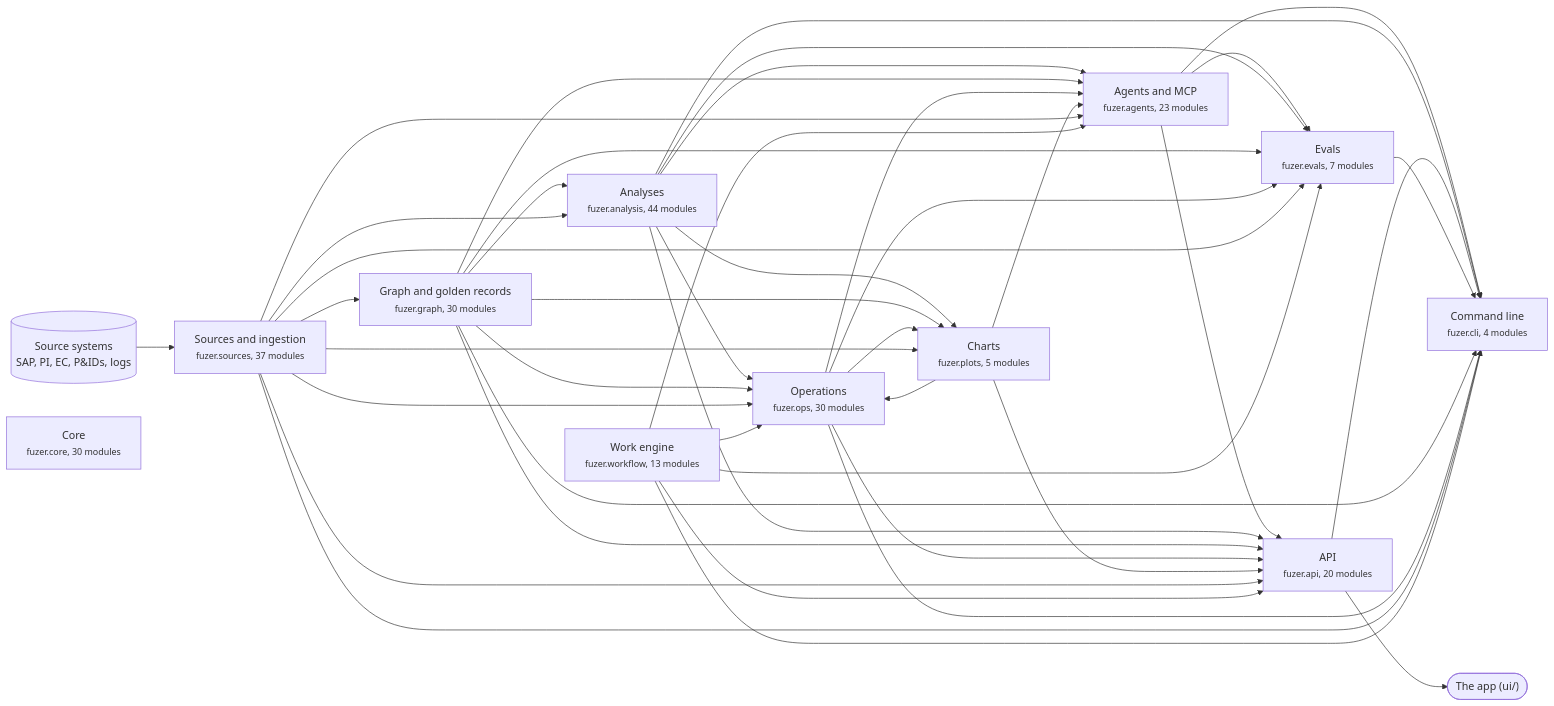
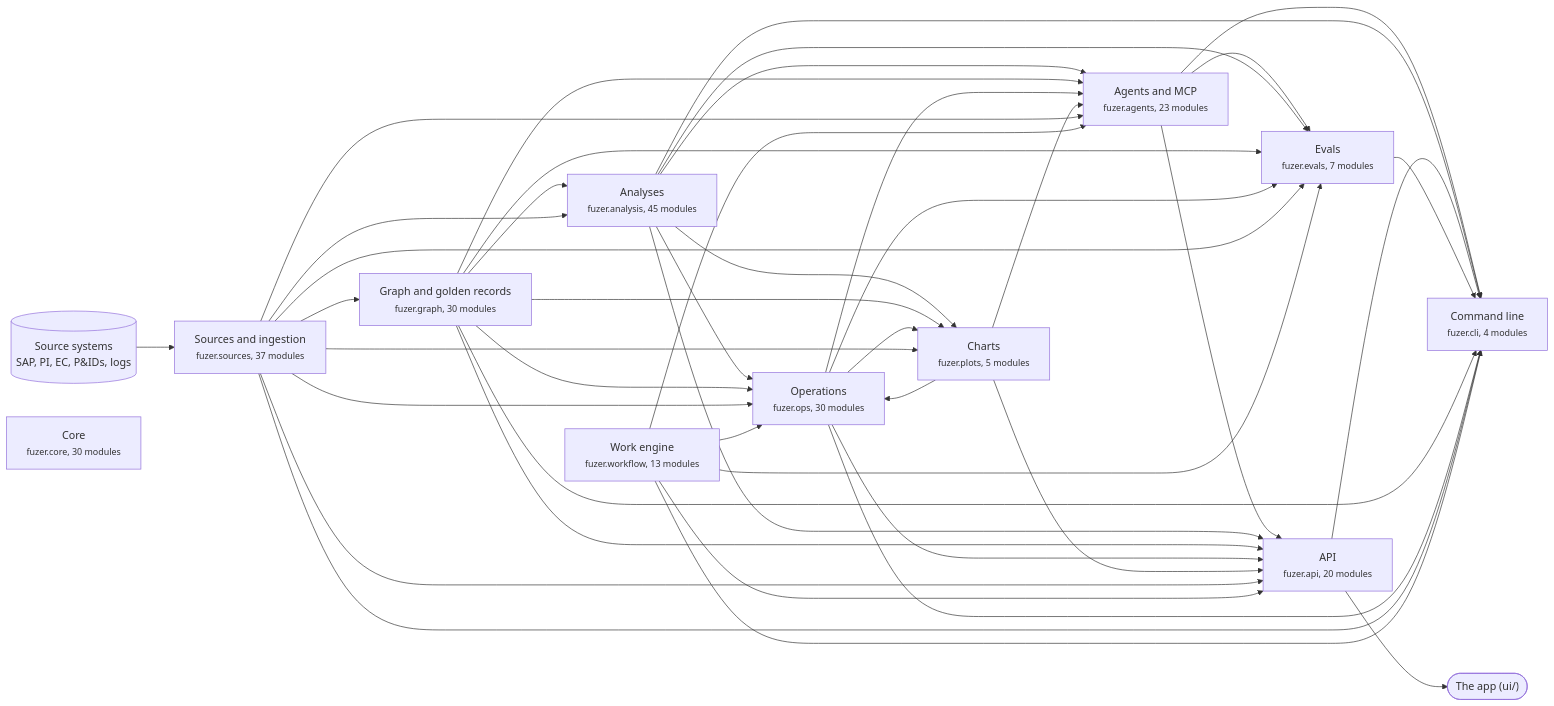
Before and after one commit to areed145/fuzer: the first of 3 diagrams in docs/architecture.md, drawn with Mermaid. The commit also changed other lines of this file and 9 other files, not shown here.

````diff
--- a/docs/architecture.md
+++ b/docs/architecture.md
@@ -8,67 +8,67 @@
 ```mermaid
 flowchart LR
   systems[("Source systems<br>SAP, PI, EC, P&IDs, logs")] --> c_sources
   app(["The app (ui/)"])
   c_api --> app
   c_sources["Sources and ingestion<br><small>fuzer.sources, 37 modules</small>"]
   c_graph["Graph and golden records<br><small>fuzer.graph, 30 modules</small>"]
-  c_analysis["Analyses<br><small>fuzer.analysis, 44 modules</small>"]
+  c_analysis["Analyses<br><small>fuzer.analysis, 45 modules</small>"]
   c_ops["Operations<br><small>fuzer.ops, 30 modules</small>"]
   c_plots["Charts<br><small>fuzer.plots, 5 modules</small>"]
   c_workflow["Work engine<br><small>fuzer.workflow, 13 modules</small>"]
   c_agents["Agents and MCP<br><small>fuzer.agents, 23 modules</small>"]
   c_evals["Evals<br><small>fuzer.evals, 7 modules</small>"]
   c_api["API<br><small>fuzer.api, 20 modules</small>"]
   c_cli["Command line<br><small>fuzer.cli, 4 modules</small>"]
   c_core["Core<br><small>fuzer.core, 30 modules</small>"]
   c_sources --> c_graph
   c_graph --> c_analysis
   c_sources --> c_analysis
   c_analysis --> c_ops
   c_graph --> c_ops
   c_plots --> c_ops
   c_sources --> c_ops
   c_workflow --> c_ops
   c_analysis --> c_plots
   c_graph --> c_plots
   c_ops --> c_plots
   c_sources --> c_plots
   c_analysis --> c_agents
   c_graph --> c_agents
   c_ops --> c_agents
   c_plots --> c_agents
   c_sources --> c_agents
   c_workflow --> c_agents
   c_agents --> c_evals
   c_analysis --> c_evals
   c_graph --> c_evals
   c_ops --> c_evals
   c_sources --> c_evals
   c_workflow --> c_evals
   c_agents --> c_api
   c_analysis --> c_api
   c_graph --> c_api
   c_ops --> c_api
   c_plots --> c_api
   c_sources --> c_api
   c_workflow --> c_api
   c_agents --> c_cli
   c_analysis --> c_cli
   c_api --> c_cli
   c_evals --> c_cli
   c_graph --> c_cli
   c_ops --> c_cli
   c_sources --> c_cli
   c_workflow --> c_cli
   click c_sources "https://github.com/areed145/fuzer/tree/main/src/fuzer/sources"
   click c_graph "https://github.com/areed145/fuzer/tree/main/src/fuzer/graph"
   click c_analysis "https://github.com/areed145/fuzer/tree/main/src/fuzer/analysis"
   click c_ops "https://github.com/areed145/fuzer/tree/main/src/fuzer/ops"
   click c_plots "https://github.com/areed145/fuzer/tree/main/src/fuzer/plots"
   click c_workflow "https://github.com/areed145/fuzer/tree/main/src/fuzer/workflow"
   click c_agents "https://github.com/areed145/fuzer/tree/main/src/fuzer/agents"
   click c_evals "https://github.com/areed145/fuzer/tree/main/src/fuzer/evals"
   click c_api "https://github.com/areed145/fuzer/tree/main/src/fuzer/api"
   click c_cli "https://github.com/areed145/fuzer/tree/main/src/fuzer/cli"
   click c_core "https://github.com/areed145/fuzer/tree/main/src/fuzer/core"
 ```
````
